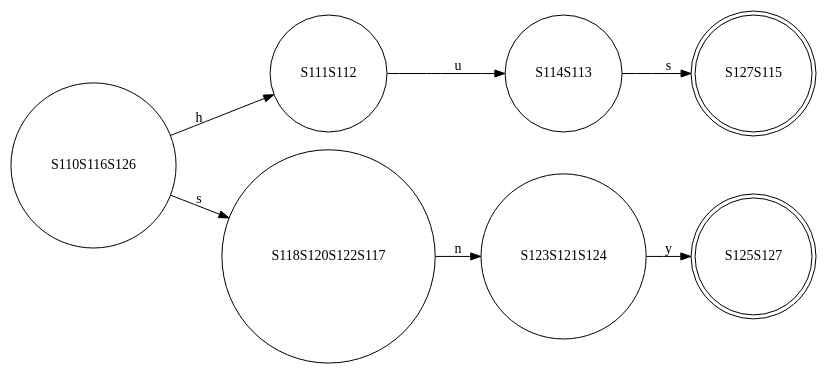
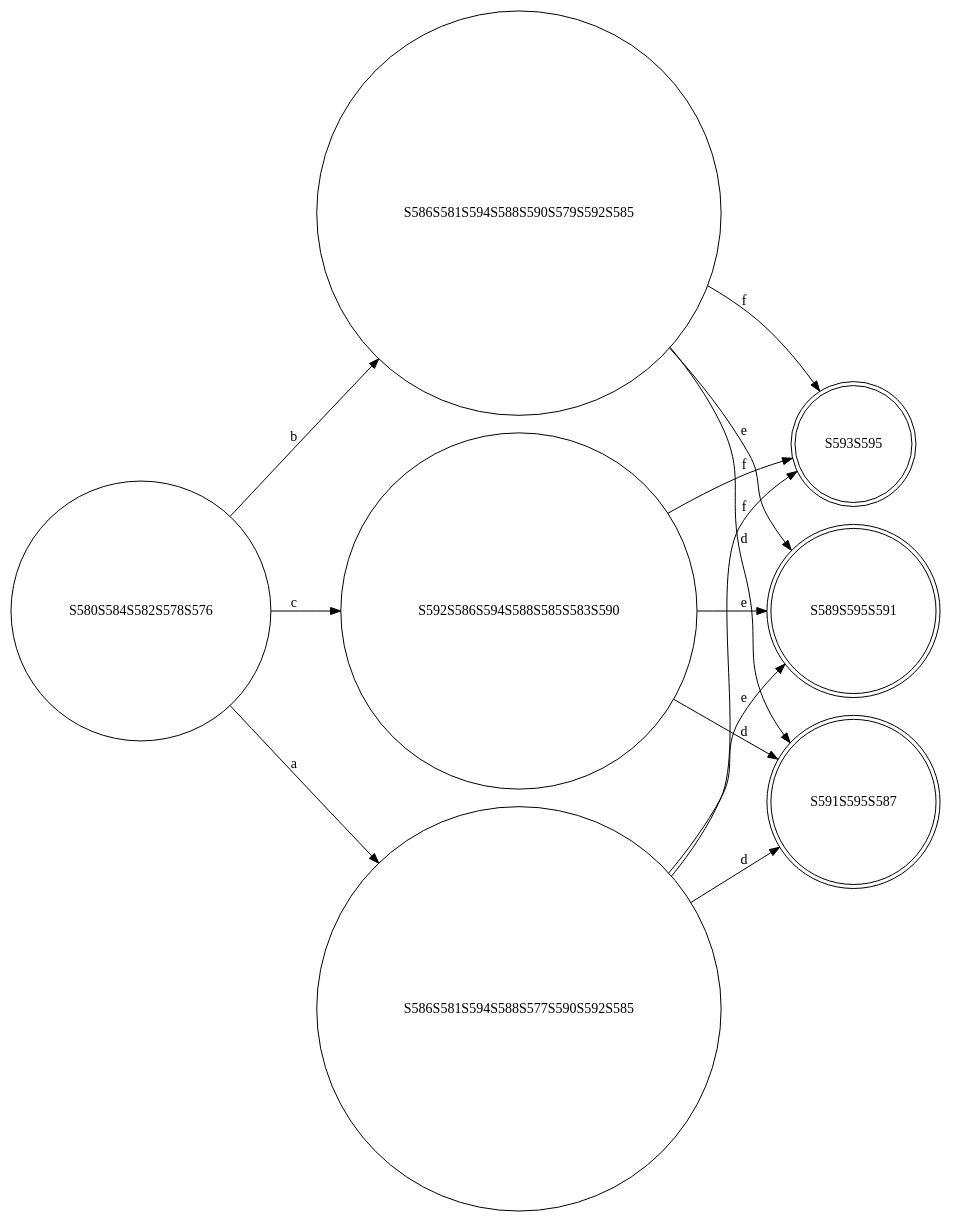
Before and after one commit to abdelazizSalah/RegExp_NFA_DFA_DFAMinimization: the diagram in finalCode/test-output/round-table.gv, drawn with Graphviz. The commit also changed 6 other files, not shown here.

```diff
--- a/finalCode/test-output/round-table.gv
+++ b/finalCode/test-output/round-table.gv
@@ -1,17 +1,23 @@
 // Minimized DFA graph
 digraph {
 	graph [rankdir=LR]
-	S110S116S126 [label=S110S116S126 shape=circle]
-	S110S116S126 -> S111S112 [label=h]
-	S110S116S126 -> S118S120S122S117 [label=s]
-	S111S112 [label=S111S112 shape=circle]
-	S111S112 -> S114S113 [label=u]
-	S118S120S122S117 [label=S118S120S122S117 shape=circle]
-	S118S120S122S117 -> S123S121S124 [label=n]
-	S114S113 [label=S114S113 shape=circle]
-	S114S113 -> S127S115 [label=s]
-	S123S121S124 [label=S123S121S124 shape=circle]
-	S123S121S124 -> S125S127 [label=y]
-	S127S115 [label=S127S115 shape=doublecircle]
-	S125S127 [label=S125S127 shape=doublecircle]
+	S580S584S582S578S576 [label=S580S584S582S578S576 shape=circle]
+	S580S584S582S578S576 -> S592S586S594S588S585S583S590 [label=c]
+	S580S584S582S578S576 -> S586S581S594S588S590S579S592S585 [label=b]
+	S580S584S582S578S576 -> S586S581S594S588S577S590S592S585 [label=a]
+	S592S586S594S588S585S583S590 [label=S592S586S594S588S585S583S590 shape=circle]
+	S592S586S594S588S585S583S590 -> S593S595 [label=f]
+	S592S586S594S588S585S583S590 -> S591S595S587 [label=d]
+	S592S586S594S588S585S583S590 -> S589S595S591 [label=e]
+	S586S581S594S588S590S579S592S585 [label=S586S581S594S588S590S579S592S585 shape=circle]
+	S586S581S594S588S590S579S592S585 -> S591S595S587 [label=d]
+	S586S581S594S588S590S579S592S585 -> S589S595S591 [label=e]
+	S586S581S594S588S590S579S592S585 -> S593S595 [label=f]
+	S586S581S594S588S577S590S592S585 [label=S586S581S594S588S577S590S592S585 shape=circle]
+	S586S581S594S588S577S590S592S585 -> S591S595S587 [label=d]
+	S586S581S594S588S577S590S592S585 -> S589S595S591 [label=e]
+	S586S581S594S588S577S590S592S585 -> S593S595 [label=f]
+	S593S595 [label=S593S595 shape=doublecircle]
+	S591S595S587 [label=S591S595S587 shape=doublecircle]
+	S589S595S591 [label=S589S595S591 shape=doublecircle]
 }
```
